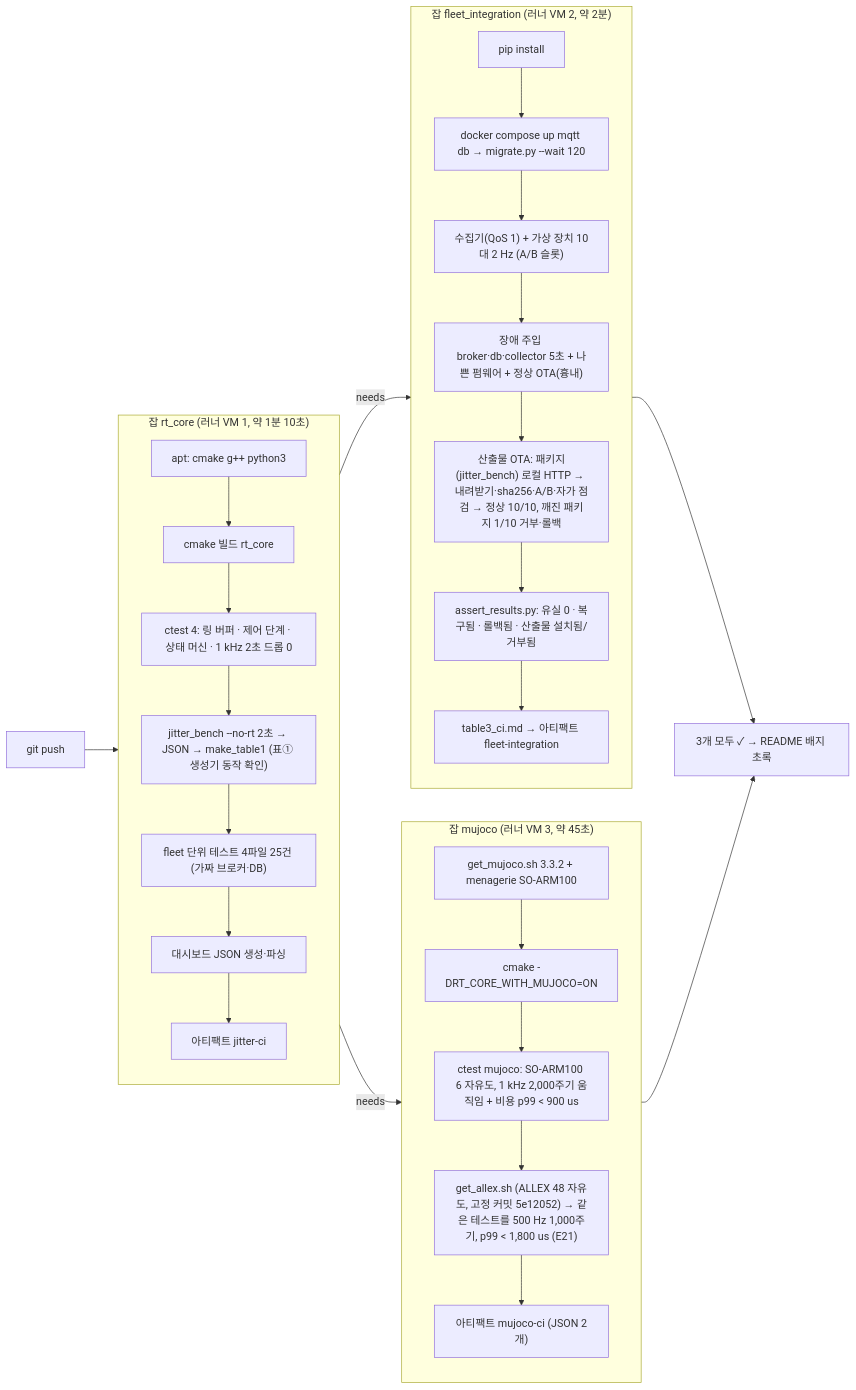
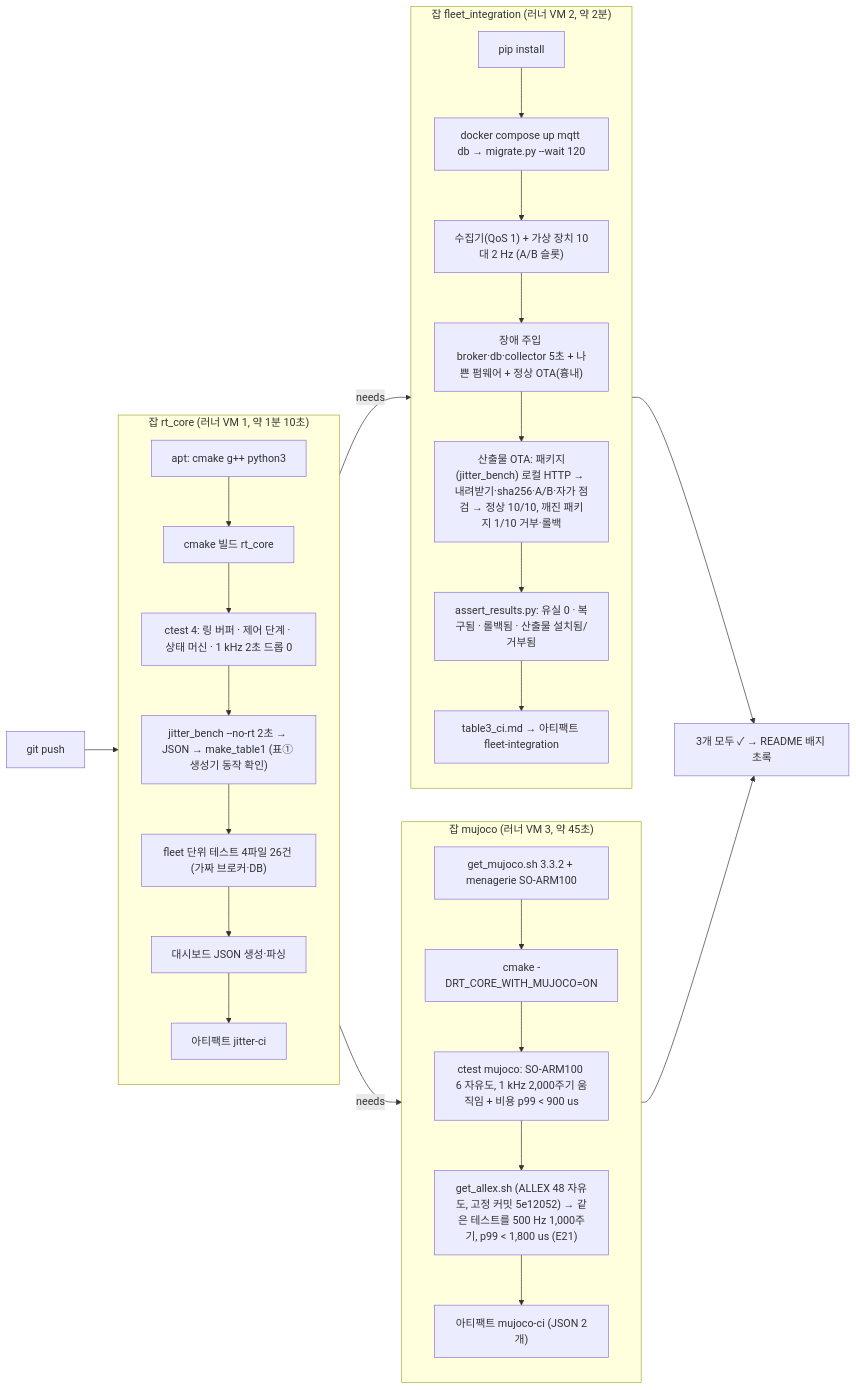
One commit to ohevance/rt-robot-data-infra changed the second of 3 diagrams in docs/ENVIRONMENT.md. Above: the diagram before and after it, drawn with Mermaid. The commit also changed other lines of this file and 5 other files, not shown here.

````diff
--- a/docs/ENVIRONMENT.md
+++ b/docs/ENVIRONMENT.md
@@ -118,26 +118,26 @@
 ```mermaid
 flowchart LR
   P["git push"] --> R1
   subgraph R1["잡 rt_core (러너 VM 1, 약 1분 10초)"]
     direction TB
     a1["apt: cmake g++ python3"] --> a2["cmake 빌드 rt_core"] --> a3["ctest 4: 링 버퍼 · 제어 단계 · 상태 머신 · 1 kHz 2초 드롭 0"]
     a3 --> a4["jitter_bench --no-rt 2초 → JSON → make_table1 (표① 생성기 동작 확인)"]
-    a4 --> a5["fleet 단위 테스트 4파일 25건 (가짜 브로커·DB)"] --> a6["대시보드 JSON 생성·파싱"] --> a7["아티팩트 jitter-ci"]
+    a4 --> a5["fleet 단위 테스트 4파일 26건 (가짜 브로커·DB)"] --> a6["대시보드 JSON 생성·파싱"] --> a7["아티팩트 jitter-ci"]
   end
   R1 -- needs --> R2
   R1 -- needs --> R3
   subgraph R2["잡 fleet_integration (러너 VM 2, 약 2분)"]
     direction TB
     b1["pip install"] --> b2["docker compose up mqtt db → migrate.py --wait 120"]
     b2 --> b3["수집기(QoS 1) + 가상 장치 10대 2 Hz (A/B 슬롯)"] --> b4["장애 주입 broker·db·collector 5초 + 나쁜 펌웨어 + 정상 OTA(흉내)"]
     b4 --> b4b["산출물 OTA: 패키지(jitter_bench) 로컬 HTTP → 내려받기·sha256·A/B·자가 점검 → 정상 10/10, 깨진 패키지 1/10 거부·롤백"]
     b4b --> b5["assert_results.py: 유실 0 · 복구됨 · 롤백됨 · 산출물 설치됨/거부됨"] --> b6["table3_ci.md → 아티팩트 fleet-integration"]
   end
   subgraph R3["잡 mujoco (러너 VM 3, 약 45초)"]
     direction TB
     c1["get_mujoco.sh 3.3.2 + menagerie SO-ARM100"] --> c2["cmake -DRT_CORE_WITH_MUJOCO=ON"] --> c3["ctest mujoco: SO-ARM100 6 자유도, 1 kHz 2,000주기 움직임 + 비용 p99 < 900 us"]
     c3 --> c3b["get_allex.sh (ALLEX 48 자유도, 고정 커밋 5e12052) → 같은 테스트를 500 Hz 1,000주기, p99 < 1,800 us (E21)"] --> c4["아티팩트 mujoco-ci (JSON 2개)"]
   end
   R2 --> OK["3개 모두 ✓ → README 배지 초록"]
   R3 --> OK
 ```
````
